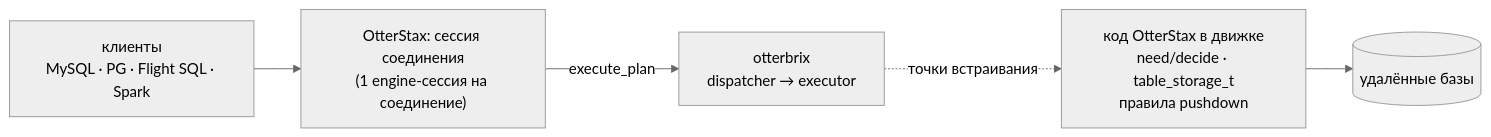
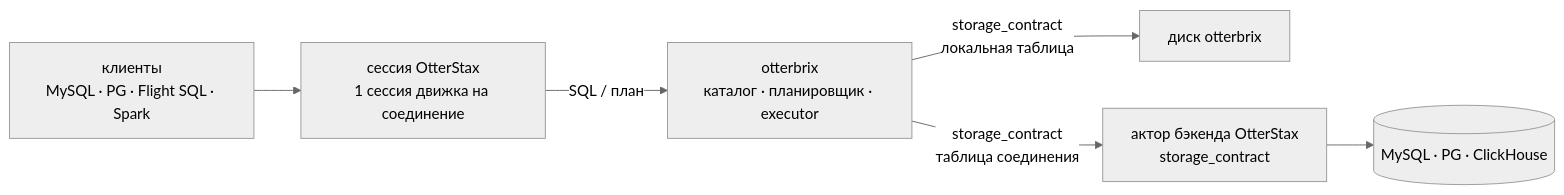
One commit to otterstax/otterstax changed the diagram in docs/proposals/otterbrix-embedding.md. Above: the diagram before and after it, drawn with Mermaid (neutral theme). The commit also changed other lines of this file and 455 other files, not shown here.

````diff
--- a/docs/proposals/otterbrix-embedding.md
+++ b/docs/proposals/otterbrix-embedding.md
@@ -58,12 +52,14 @@
 ```mermaid
 flowchart LR
     CL["клиенты<br/>MySQL · PG · Flight SQL · Spark"]
-    QS["OtterStax: сессия соединения<br/>(1 engine-сессия на соединение)"]
-    ENG["otterbrix<br/>dispatcher → executor"]
-    HOOK["код OtterStax в движке<br/>need/decide · table_storage_t<br/>правила pushdown"]
-    DB[("удалённые базы")]
+    QS["сессия OtterStax<br/>1 сессия движка на соединение"]
+    ENG["otterbrix<br/>каталог · планировщик · executor"]
+    DISK["диск otterbrix"]
+    BA["актор бэкенда OtterStax<br/>storage_contract"]
+    DB[("MySQL · PG · ClickHouse")]
     CL --> QS
-    QS -- "execute_plan" --> ENG
-    ENG -. "точки встраивания" .-> HOOK
-    HOOK --> DB
+    QS -- "SQL / план" --> ENG
+    ENG -- "storage_contract<br/>локальная таблица" --> DISK
+    ENG -- "storage_contract<br/>таблица соединения" --> BA
+    BA --> DB
 ```
````
